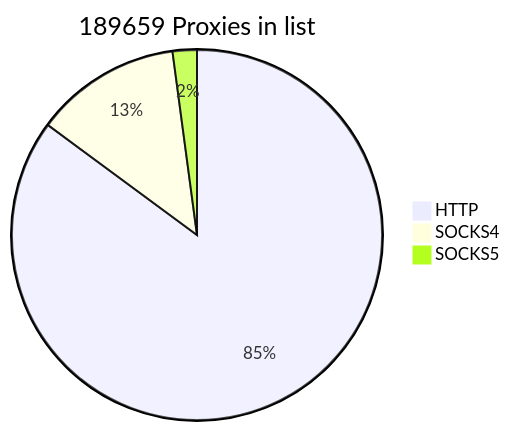
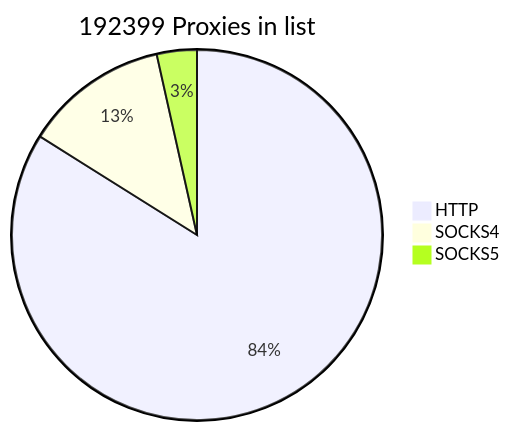
The first of 2 diagrams in README.md (cutipu/proxylist), drawn with Mermaid before and after one commit. The commit also changed other lines of this file, not shown here.

````diff
--- a/README.md
+++ b/README.md
@@ -2,7 +2,7 @@
 ```mermaid
-pie title 189659 Proxies in list
-    "HTTP" : 161431
+pie title 192399 Proxies in list
+    "HTTP" : 161461
     "SOCKS4" : 24214
-    "SOCKS5" : 4014
+    "SOCKS5" : 6724
             
 ```
````
